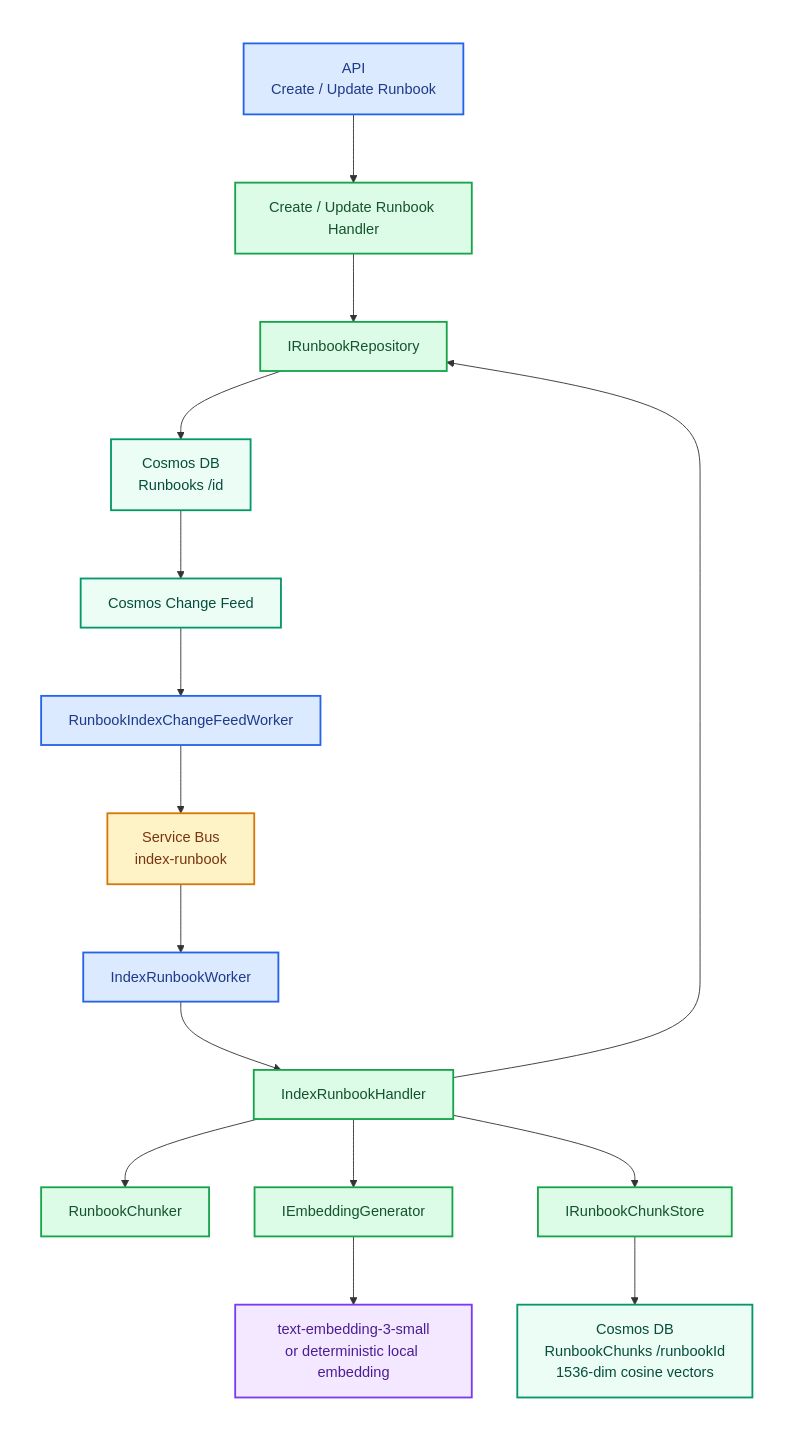
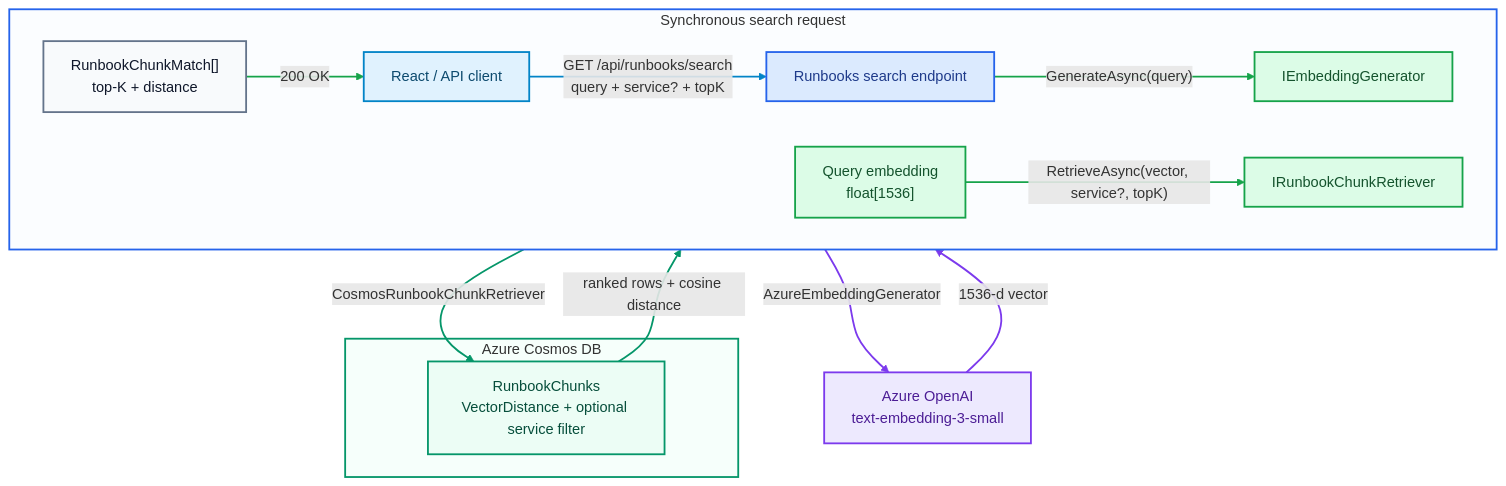
Before and after one commit to danielmusselwhite/IncidentIQ: the sixth of 6 diagrams in ReadMe.md, drawn with Mermaid. The commit also changed other lines of this file and 17 other files, not shown here.

````diff
--- a/ReadMe.md
+++ b/ReadMe.md
@@ -420,46 +432,43 @@
 ```mermaid
-flowchart TD
+flowchart TB
+    subgraph Request["Synchronous search request"]
+        direction LR
+        Web["React / API client"]:::web
+        API["Runbooks search endpoint"]:::host
+        Embedder["IEmbeddingGenerator"]:::application
+        Vector["Query embedding<br/>float[1536]"]:::application
+        Retriever["IRunbookChunkRetriever"]:::application
+        Results["RunbookChunkMatch[]<br/>top-K + distance"]:::external
 
-    subgraph WhiteBackground[" "]
-        direction TD
-
-    API["API<br/>Create / Update Runbook"]:::host
-    CrudHandler["Create / Update Runbook Handler"]:::application
-    Repo["IRunbookRepository"]:::application
-    Runbooks["Cosmos DB<br/>Runbooks /id"]:::data
-    ChangeFeed["Cosmos Change Feed"]:::data
-    Relay["RunbookIndexChangeFeedWorker"]:::host
-    Queue["Service Bus<br/>index-runbook"]:::messaging
-    Consumer["IndexRunbookWorker"]:::host
-    Handler["IndexRunbookHandler"]:::application
-    Chunker["RunbookChunker"]:::application
-    Embedder["IEmbeddingGenerator"]:::application
-    AI["text-embedding-3-small<br/>or deterministic local embedding"]:::ai
-    Store["IRunbookChunkStore"]:::application
-    Chunks["Cosmos DB<br/>RunbookChunks /runbookId<br/>1536-dim cosine vectors"]:::data
-
-    API --> CrudHandler
-    CrudHandler --> Repo
-    Repo --> Runbooks
-    Runbooks --> ChangeFeed
-    ChangeFeed --> Relay
-    Relay --> Queue
-    Queue --> Consumer
-    Consumer --> Handler
-    Handler --> Repo
-    Handler --> Chunker
-    Handler --> Embedder
-    Embedder --> AI
-    Handler --> Store
-    Store --> Chunks
-
+        Web -->|"GET /api/runbooks/search<br/>query + service? + topK"| API
+        API -->|"GenerateAsync(query)"| Embedder
+        Vector -->|"RetrieveAsync(vector, service?, topK)"| Retriever
+        Results -->|"200 OK"| Web
     end
 
+    AI["Azure OpenAI<br/>text-embedding-3-small"]:::ai
+
+    subgraph Cosmos["Azure Cosmos DB"]
+        Chunks["RunbookChunks<br/>VectorDistance + optional service filter"]:::data
+    end
+
+    Embedder -->|"AzureEmbeddingGenerator"| AI
+    AI -->|"1536-d vector"| Vector
+    Retriever -->|"CosmosRunbookChunkRetriever"| Chunks
+    Chunks -->|"ranked rows + cosine distance"| Results
+
+    classDef external fill:#f8fafc,stroke:#64748b,color:#0f172a,stroke-width:2px;
+    classDef web fill:#e0f2fe,stroke:#0284c7,color:#0c4a6e,stroke-width:2px;
     classDef host fill:#dbeafe,stroke:#2563eb,color:#1e3a8a,stroke-width:2px;
     classDef application fill:#dcfce7,stroke:#16a34a,color:#14532d,stroke-width:2px;
     classDef data fill:#ecfdf5,stroke:#059669,color:#064e3b,stroke-width:2px;
-    classDef messaging fill:#fef3c7,stroke:#d97706,color:#78350f,stroke-width:2px;
-    classDef ai fill:#f3e8ff,stroke:#7c3aed,color:#4c1d95,stroke-width:2px;
+    classDef ai fill:#ede9fe,stroke:#7c3aed,color:#4c1d95,stroke-width:2px;
 
-    style WhiteBackground fill:#ffffff,stroke:#ffffff,color:#ffffff
+    style Request fill:#fbfdff,stroke:#2563eb,stroke-width:2px;
+    style Cosmos fill:#f6fffb,stroke:#059669,stroke-width:2px;
+
+    linkStyle 0 stroke:#0284c7,stroke-width:2px;
+    linkStyle 1,2,3 stroke:#16a34a,stroke-width:2px;
+    linkStyle 4,5 stroke:#7c3aed,stroke-width:2px;
+    linkStyle 6,7 stroke:#059669,stroke-width:2px;
 ```
````
